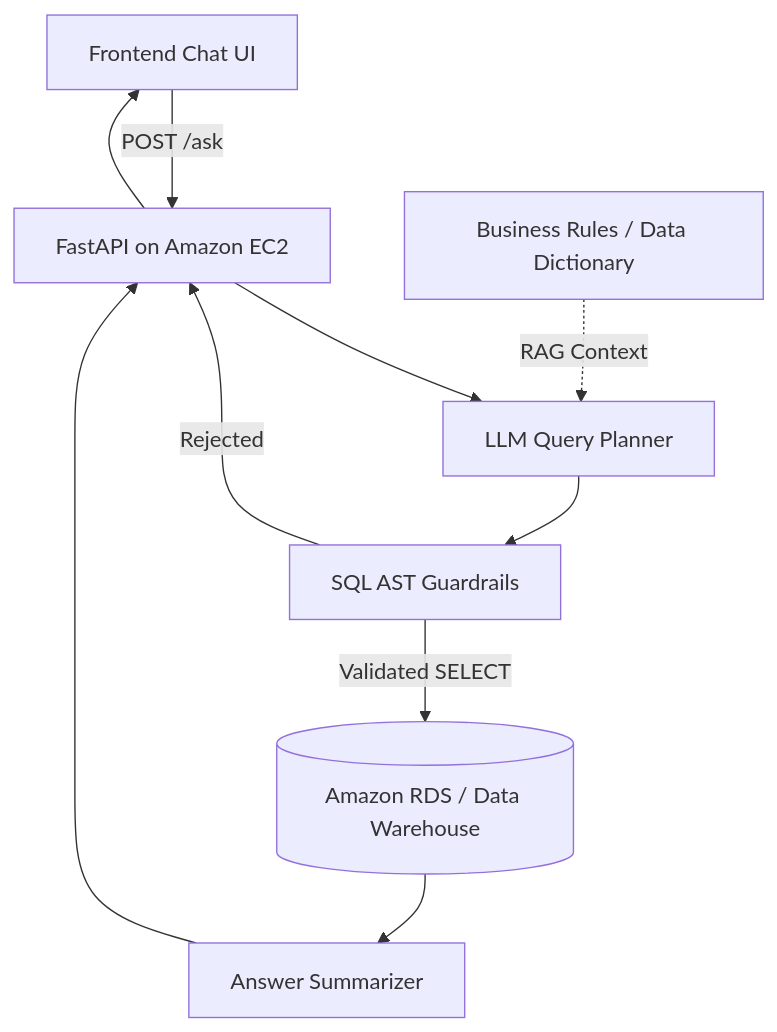
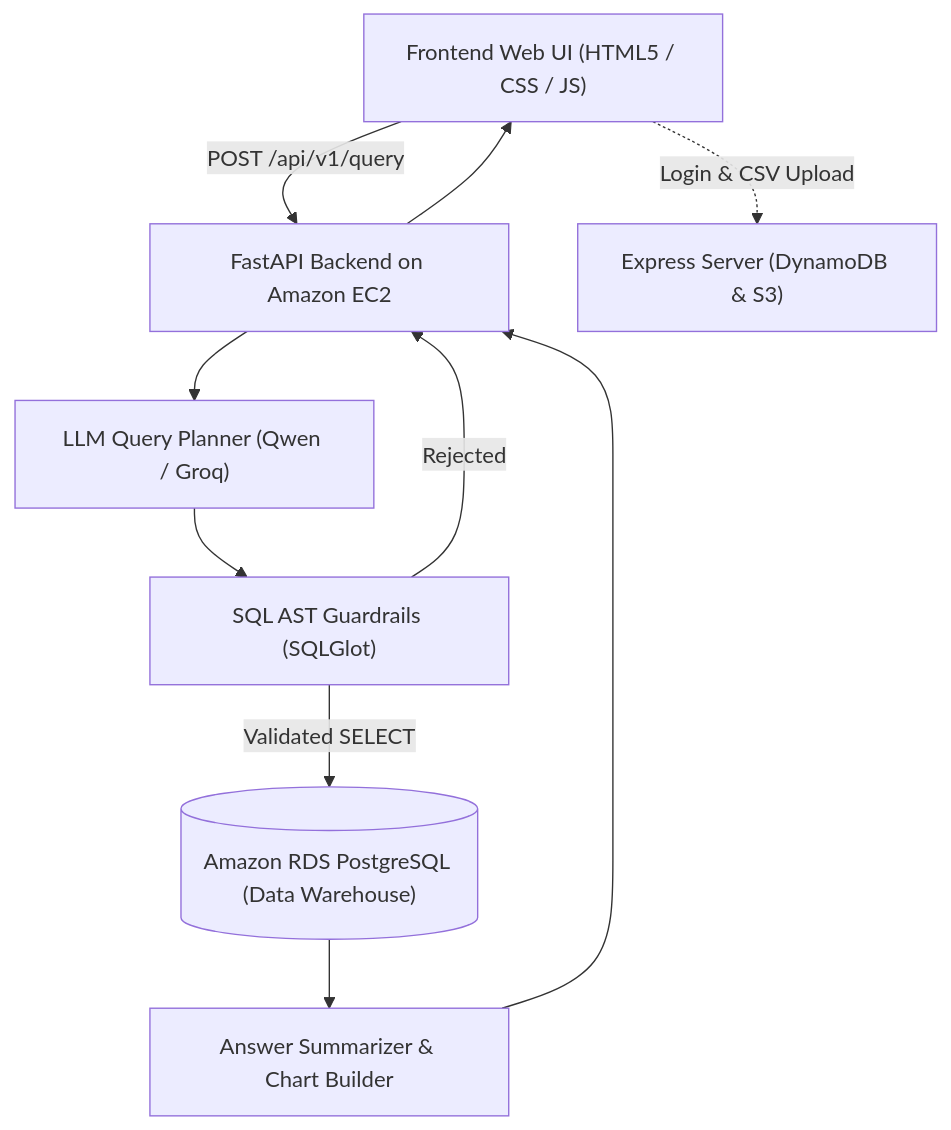
One commit to paldee/CLOUD changed the diagram in README.md. Above: the diagram before and after it, drawn with Mermaid. The commit also changed other lines of this file and 60 other files, not shown here.

First line of the commit message:
Integrate Groq/Qwen provider, schema & frontend

````diff
--- a/README.md
+++ b/README.md
@@ -21,12 +13,12 @@
 ```mermaid
 flowchart TD
-    UI[Frontend Chat UI] -->|POST /ask| API[FastAPI on Amazon EC2]
-    API --> PLAN[LLM Query Planner]
-    PLAN --> GUARD[SQL AST Guardrails]
+    UI["Frontend Web UI (HTML5 / CSS / JS)"] -->|POST /api/v1/query| API["FastAPI Backend on Amazon EC2"]
+    API --> PLAN["LLM Query Planner (Qwen / Groq)"]
+    PLAN --> GUARD["SQL AST Guardrails (SQLGlot)"]
     GUARD -->|Rejected| API
-    GUARD -->|Validated SELECT| RDS[(Amazon RDS / Data Warehouse)]
-    RDS --> SUMMARY[Answer Summarizer]
+    GUARD -->|Validated SELECT| RDS[("Amazon RDS PostgreSQL (Data Warehouse)")]
+    RDS --> SUMMARY["Answer Summarizer & Chart Builder"]
     SUMMARY --> API
     API --> UI
-    DOCS[Business Rules / Data Dictionary] -. RAG Context .-> PLAN
+    UI -.->|Login & CSV Upload| NODE["Express Server (DynamoDB & S3)"]
 ```
````
